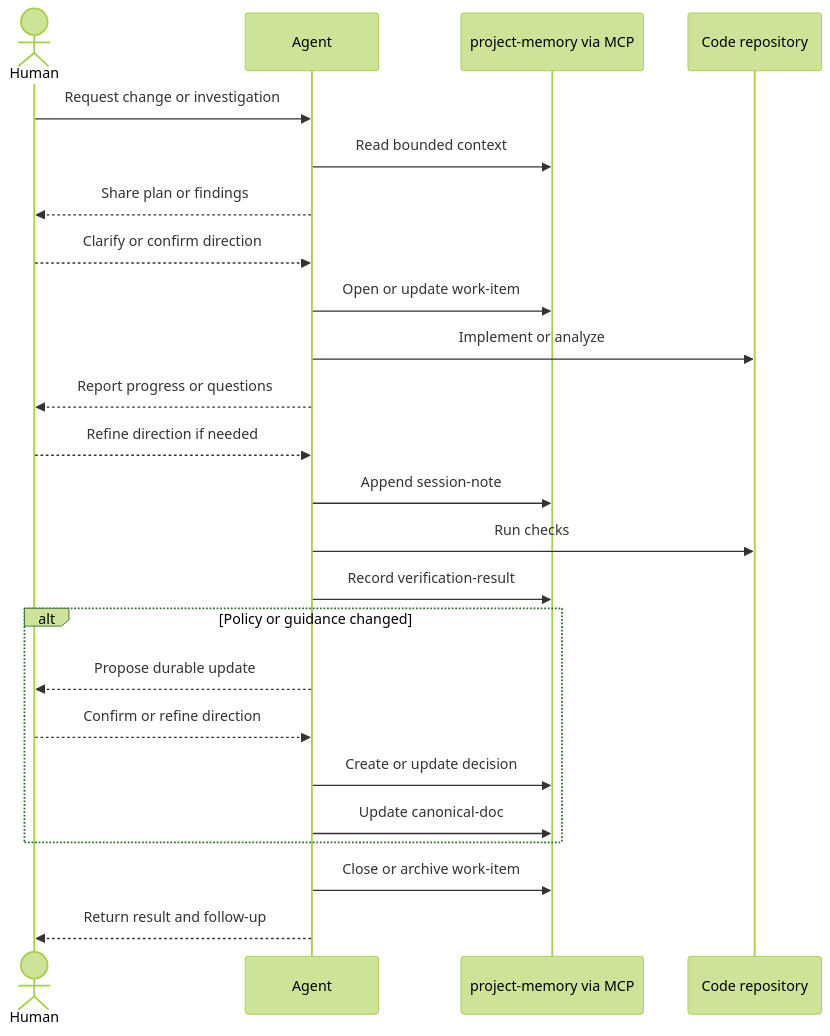
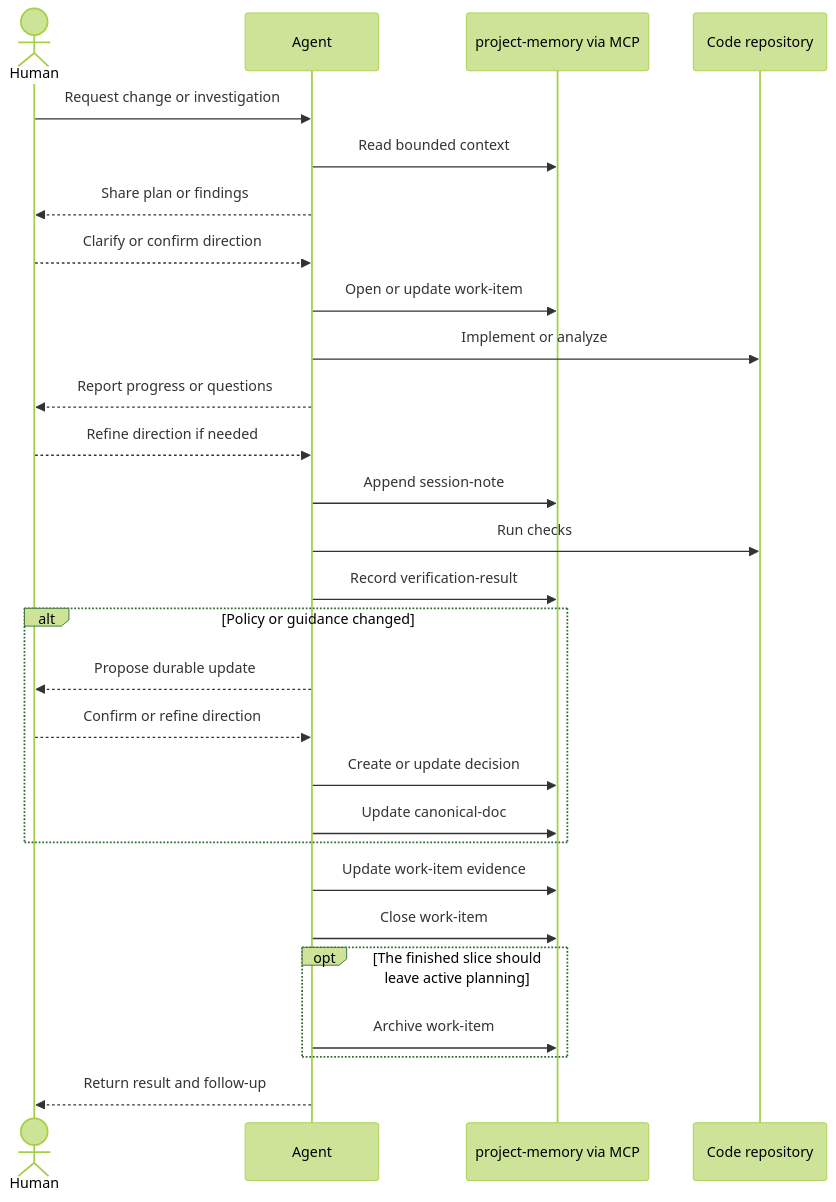
The second of 2 diagrams in docs/usage.md (Moonbreeze/project-memory), drawn with Mermaid (forest theme) before and after one commit. The commit also changed other lines of this file and 12 other files, not shown here.

Commit message:
Clarify work-item closure flow and done evidence invariant

````diff
--- a/docs/usage.md
+++ b/docs/usage.md
@@ -95,27 +116,31 @@
 ```mermaid
 sequenceDiagram
     actor Human
     participant Agent
     participant Memory as project-memory via MCP
     participant Code as Code repository
 
     Human->>Agent: Request change or investigation
     Agent->>Memory: Read bounded context
     Agent-->>Human: Share plan or findings
     Human-->>Agent: Clarify or confirm direction
     Agent->>Memory: Open or update work-item
     Agent->>Code: Implement or analyze
     Agent-->>Human: Report progress or questions
     Human-->>Agent: Refine direction if needed
     Agent->>Memory: Append session-note
     Agent->>Code: Run checks
     Agent->>Memory: Record verification-result
     alt Policy or guidance changed
         Agent-->>Human: Propose durable update
         Human-->>Agent: Confirm or refine direction
         Agent->>Memory: Create or update decision
         Agent->>Memory: Update canonical-doc
     end
-    Agent->>Memory: Close or archive work-item
+    Agent->>Memory: Update work-item evidence
+    Agent->>Memory: Close work-item
+    opt The finished slice should leave active planning
+        Agent->>Memory: Archive work-item
+    end
     Agent-->>Human: Return result and follow-up
 ```
````
